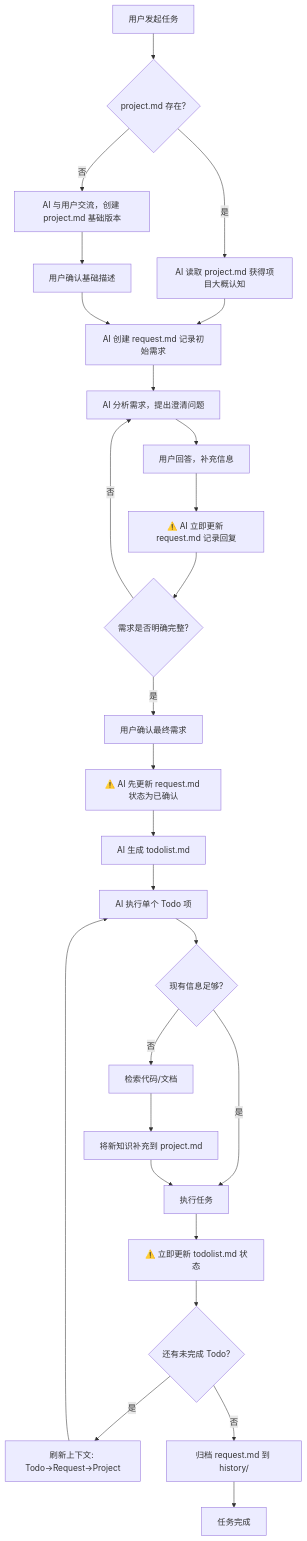
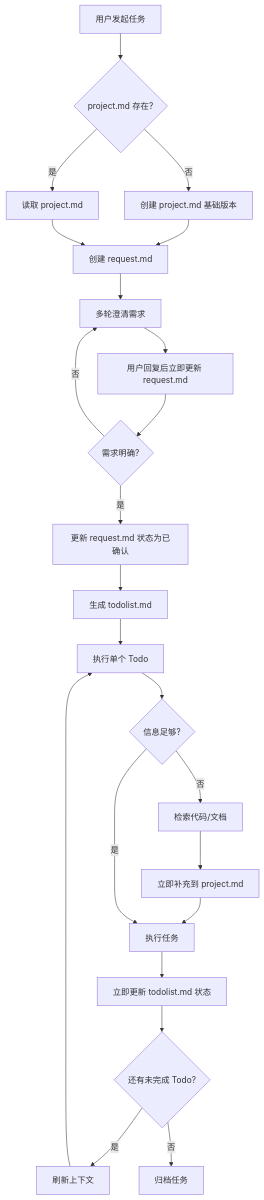
Before and after one commit to godokyang/FlowMem: the diagram in dist/claude-code/.claude/skills/context-memory-system/SKILL.md, drawn with Mermaid. The commit also changed other lines of this file and 15 other files, not shown here.

````diff
--- a/dist/claude-code/.claude/skills/context-memory-system/SKILL.md
+++ b/dist/claude-code/.claude/skills/context-memory-system/SKILL.md
@@ -91,34 +69,28 @@
 ```mermaid
 flowchart TD
     A[用户发起任务] --> B{project.md 存在?}
-    B -->|否| C[AI 与用户交流，创建 project.md 基础版本]
-    B -->|是| D[AI 读取 project.md 获得项目大概认知]
+    B -->|否| C[创建 project.md 基础版本]
+    B -->|是| D[读取 project.md]
+    C --> E[创建 request.md]
+    D --> E
     
-    C --> E[用户确认基础描述]
-    D --> F[AI 创建 request.md 记录初始需求]
-    E --> F
+    E --> F[多轮澄清需求]
+    F --> G[用户回复后立即更新 request.md]
+    G --> H{需求明确?}
+    H -->|否| F
+    H -->|是| I[更新 request.md 状态为已确认]
     
-    F --> G[AI 分析需求，提出澄清问题]
-    G --> H[用户回答，补充信息]
-    H --> I[⚠️ AI 立即更新 request.md 记录回复]
-    I --> J{需求是否明确完整?}
-    J -->|否| G
-    J -->|是| K[用户确认最终需求]
+    I --> J[生成 todolist.md]
+    J --> K[执行单个 Todo]
+    K --> L{信息足够?}
+    L -->|否| M[检索代码/文档]
+    M --> N[立即补充到 project.md]
+    N --> O[执行任务]
+    L -->|是| O
     
-    K --> K1[⚠️ AI 先更新 request.md 状态为已确认]
-    K1 --> L[AI 生成 todolist.md]
-    L --> M[AI 执行单个 Todo 项]
-    
-    M --> N{现有信息足够?}
-    N -->|是| O[执行任务]
-    N -->|否| P[检索代码/文档]
-    P --> Q[将新知识补充到 project.md]
-    Q --> O
-    
-    O --> R[⚠️ 立即更新 todolist.md 状态]
-    R --> S{还有未完成 Todo?}
-    S -->|是| T[刷新上下文: Todo→Request→Project]
-    T --> M
-    S -->|否| U[归档 request.md 到 history/]
-    U --> V[任务完成]
+    O --> P[立即更新 todolist.md 状态]
+    P --> Q{还有未完成 Todo?}
+    Q -->|是| R[刷新上下文]
+    R --> K
+    Q -->|否| S[归档任务]
 ```
````
